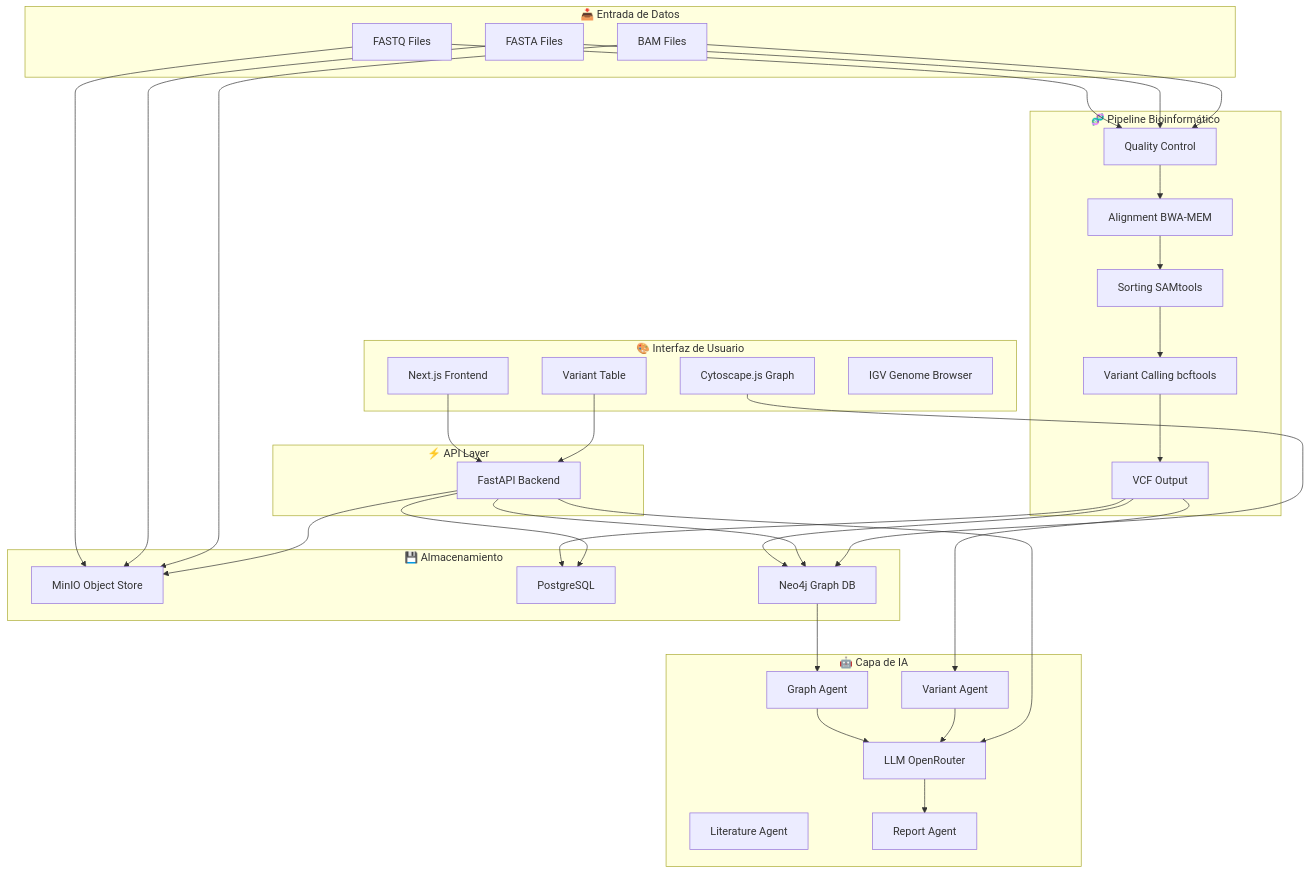
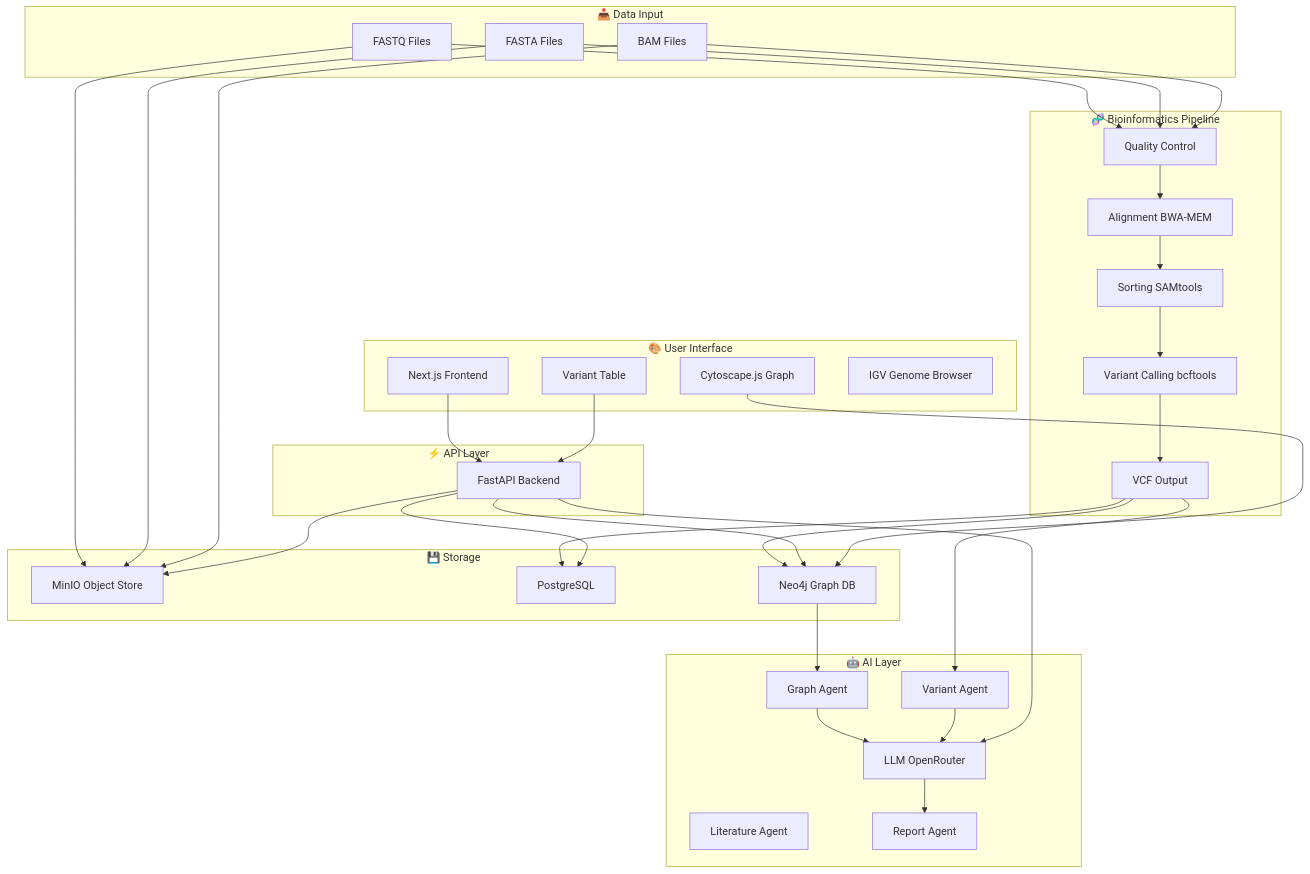
The first of 2 diagrams in README.md (rendergraf/AI-Genomics-Lab), drawn with Mermaid before and after one commit. The commit also changed other lines of this file, not shown here.

````diff
--- a/README.md
+++ b/README.md
@@ -55,70 +55,70 @@
 ```mermaid
 graph TB
-    subgraph Input["📥 Entrada de Datos"]
+    subgraph Input["📥 Data Input"]
         FASTQ[FASTQ Files]
         FASTA[FASTA Files]
         BAM[BAM Files]
     end
 
-    subgraph Pipeline["🧬 Pipeline Bioinformático"]
+    subgraph Pipeline["🧬 Bioinformatics Pipeline"]
         QC[Quality Control]
         ALIGN[Alignment BWA-MEM]
         SORT[Sorting SAMtools]
         VAR[Variant Calling bcftools]
         VCF[VCF Output]
     end
 
-    subgraph Storage["💾 Almacenamiento"]
+    subgraph Storage["💾 Storage"]
         MINIO[MinIO Object Store]
         POSTGRES[PostgreSQL]
         NEO4J[Neo4j Graph DB]
     end
 
-    subgraph AI["🤖 Capa de IA"]
+    subgraph AI["🤖 AI Layer"]
         VA[Variant Agent]
         GA[Graph Agent]
         LA[Literature Agent]
         RA[Report Agent]
         LLM[LLM OpenRouter]
     end
 
     subgraph API["⚡ API Layer"]
         FASTAPI[FastAPI Backend]
     end
 
-    subgraph UI["🎨 Interfaz de Usuario"]
+    subgraph UI["🎨 User Interface"]
         NEXT[Next.js Frontend]
         GRAPH[Cytoscape.js Graph]
         TABLE[Variant Table]
         BROWSER[IGV Genome Browser]
     end
 
     FASTQ --> QC
     FASTA --> QC
     BAM --> QC
     QC --> ALIGN
     ALIGN --> SORT
     SORT --> VAR
     VAR --> VCF
     
     VCF --> NEO4J
     VCF --> POSTGRES
     FASTQ --> MINIO
     FASTA --> MINIO
     BAM --> MINIO
 
     NEO4J --> GA
     GA --> LLM
     VCF --> VA
     VA --> LLM
     LLM --> RA
     
     FASTAPI --> POSTGRES
     FASTAPI --> NEO4J
     FASTAPI --> MINIO
     FASTAPI --> LLM
     
     NEXT --> FASTAPI
     GRAPH --> NEO4J
     TABLE --> FASTAPI
 ```
````
